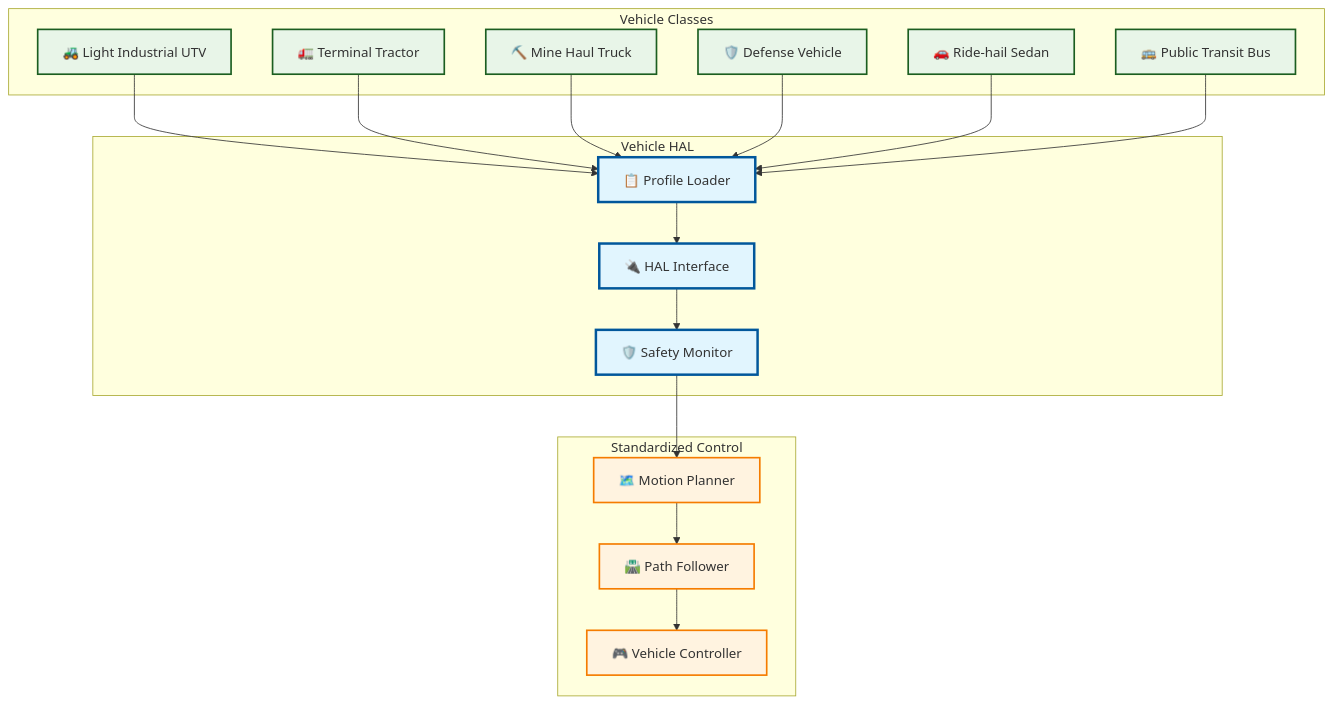
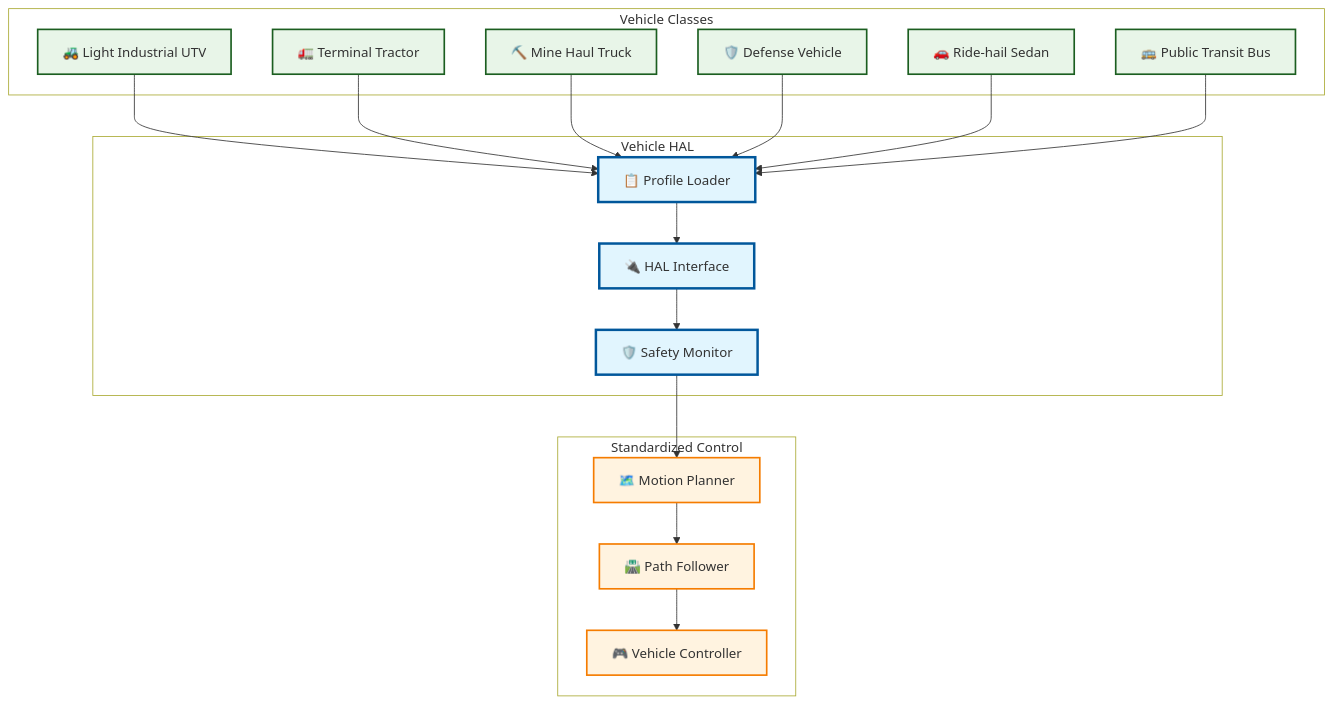
One commit to suprachakra/AtlasMesh-Fleet-OS changed the second of 17 diagrams in docs/Technical/01_Architecture.md. Above: the diagram before and after it, drawn with Mermaid.

````diff
--- a/docs/Technical/01_Architecture.md
+++ b/docs/Technical/01_Architecture.md
@@ -102,44 +102,51 @@
 ```mermaid
-graph TB
-    subgraph "Vehicle Classes"
-        LightUTV[🚜 Light Industrial UTV]
-        TerminalTractor[🚛 Terminal Tractor]
-        MineHaul[⛏️ Mine Haul Truck]
-        DefenseVehicle[🛡️ Defense Vehicle]
-        RideHailSedan[🚗 Ride-hail Sedan]
-        PublicBus[🚌 Public Transit Bus]
-    end
-    
-    subgraph "Vehicle HAL"
-        ProfileLoader[📋 Profile Loader]
-        HALInterface[🔌 HAL Interface]
-        SafetyMonitor[🛡️ Safety Monitor]
-    end
-    
-    subgraph "Standardized Control"
-        MotionPlanner[🗺️ Motion Planner]
-        PathFollower[🛣️ Path Follower]
-        VehicleController[🎮 Vehicle Controller]
-    end
-    
+flowchart TB
+ subgraph subGraph0["Vehicle Classes"]
+        LightUTV["🚜 Light Industrial UTV"]
+        TerminalTractor["🚛 Terminal Tractor"]
+        MineHaul["⛏️ Mine Haul Truck"]
+        DefenseVehicle["🛡️ Defense Vehicle"]
+        RideHailSedan["🚗 Ride-hail Sedan"]
+        PublicBus["🚌 Public Transit Bus"]
+  end
+ subgraph subGraph1["Vehicle HAL"]
+        ProfileLoader["📋 Profile Loader"]
+        HALInterface["🔌 HAL Interface"]
+        SafetyMonitor["🛡️ Safety Monitor"]
+  end
+ subgraph subGraph2["Standardized Control"]
+        MotionPlanner["🗺️ Motion Planner"]
+        PathFollower["🛣️ Path Follower"]
+        VehicleController["🎮 Vehicle Controller"]
+  end
     LightUTV --> ProfileLoader
     TerminalTractor --> ProfileLoader
     MineHaul --> ProfileLoader
     DefenseVehicle --> ProfileLoader
     RideHailSedan --> ProfileLoader
     PublicBus --> ProfileLoader
-    
     ProfileLoader --> HALInterface
     HALInterface --> SafetyMonitor
     SafetyMonitor --> MotionPlanner
     MotionPlanner --> PathFollower
     PathFollower --> VehicleController
-    
+
+     LightUTV:::vehicle
+     TerminalTractor:::vehicle
+     MineHaul:::vehicle
+     DefenseVehicle:::vehicle
+     RideHailSedan:::vehicle
+     PublicBus:::vehicle
+     ProfileLoader:::hal
+     HALInterface:::hal
+     SafetyMonitor:::hal
+     MotionPlanner:::control
+     PathFollower:::control
+     VehicleController:::control
     classDef vehicle fill:#e8f5e8,stroke:#1b5e20,stroke-width:2px
     classDef hal fill:#e1f5fe,stroke:#01579b,stroke-width:3px
     classDef control fill:#fff3e0,stroke:#f57c00,stroke-width:2px
-    
-    class LightUTV,TerminalTractor,MineHaul,DefenseVehicle,RideHailSedan,PublicBus vehicle
-    class ProfileLoader,HALInterface,SafetyMonitor hal
-    class MotionPlanner,PathFollower,VehicleController control
+    style subGraph1 fill:transparent
+    style subGraph0 fill:transparent
+    style subGraph2 fill:transparent
 ```
````
